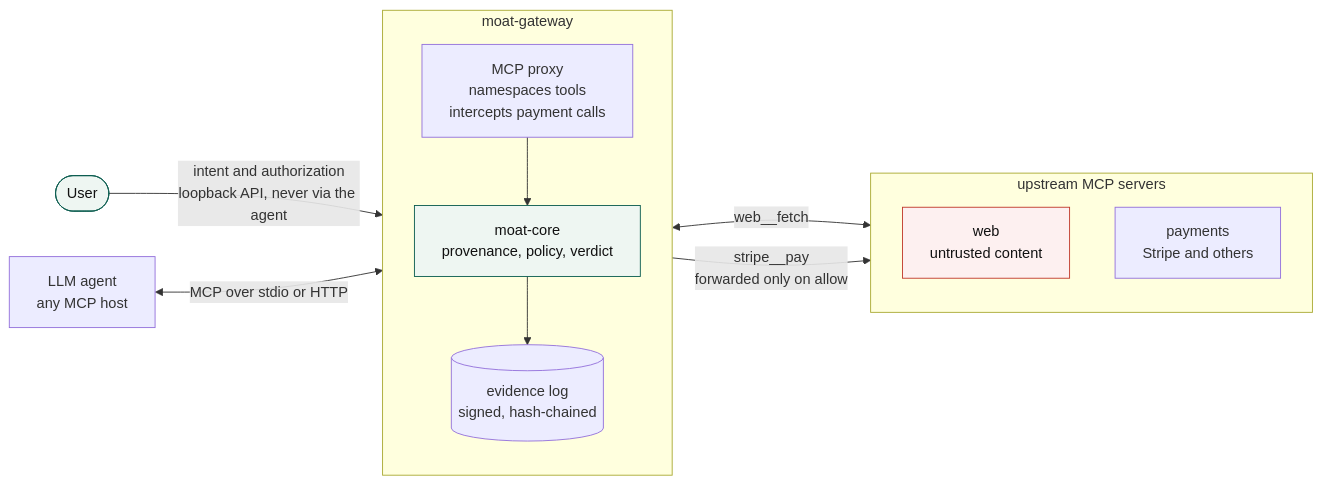
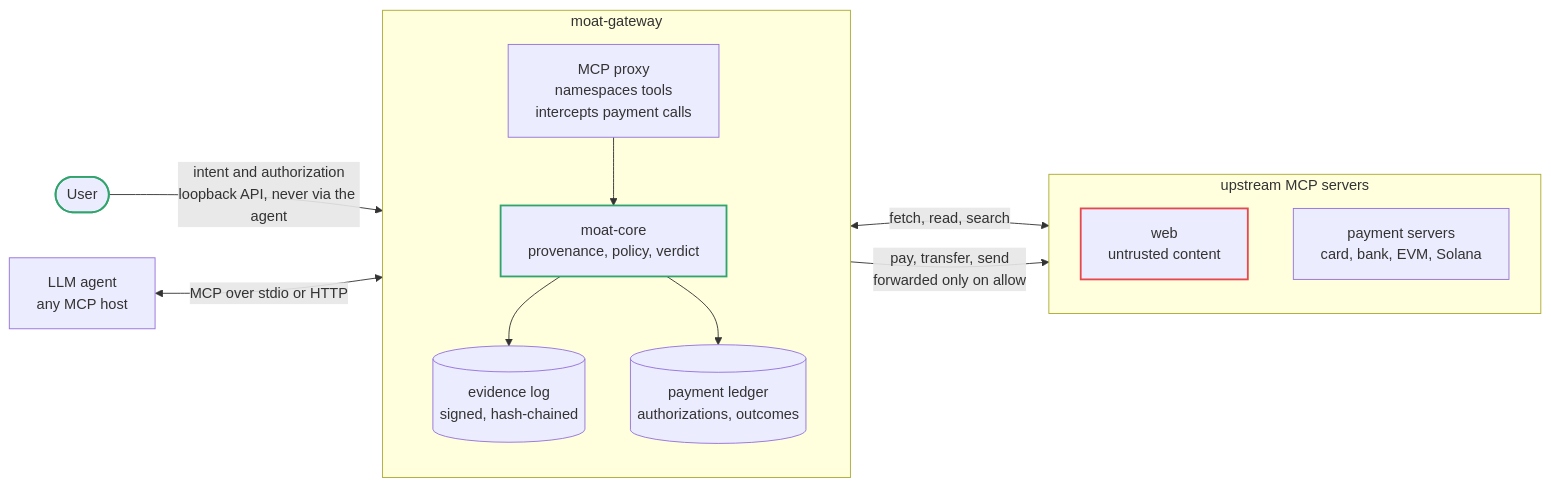
One commit to nadji40/moat-gateway changed the first of 2 diagrams in README.md. Above: the diagram before and after it, drawn with Mermaid. The commit also changed other lines of this file and 1 other file, not shown here.

First line of the commit message:
readme: no open-source claim, diagrams that match what is built

````diff
--- a/README.md
+++ b/README.md
@@ -35,30 +32,32 @@
 ```mermaid
 flowchart LR
     user(["User"])
     agent["LLM agent<br/>any MCP host"]
 
     subgraph gw["moat-gateway"]
         direction TB
         proxy["MCP proxy<br/>namespaces tools<br/>intercepts payment calls"]
         core["moat-core<br/>provenance, policy, verdict"]
         evidence[("evidence log<br/>signed, hash-chained")]
+        ledger[("payment ledger<br/>authorizations, outcomes")]
         proxy --> core
         core --> evidence
+        core --> ledger
     end
 
     subgraph up["upstream MCP servers"]
         direction TB
         web["web<br/>untrusted content"]
-        pay["payments<br/>Stripe and others"]
+        pay["payment servers<br/>card, bank, EVM, Solana"]
     end
 
     user -->|"intent and authorization<br/>loopback API, never via the agent"| core
     agent <-->|"MCP over stdio or HTTP"| proxy
-    proxy <-->|"web__fetch"| web
-    proxy -->|"stripe__pay<br/>forwarded only on allow"| pay
+    proxy <-->|"fetch, read, search"| web
+    proxy -->|"pay, transfer, send<br/>forwarded only on allow"| pay
 
-    classDef untrusted fill:#fdf0f0,stroke:#c0392b,color:#111
-    classDef trusted fill:#eef6f2,stroke:#0b5c4f,color:#111
+    classDef untrusted stroke:#e5484d,stroke-width:2px
+    classDef trusted stroke:#30a46c,stroke-width:2px
     class web untrusted
     class user,core trusted
 ```
````
